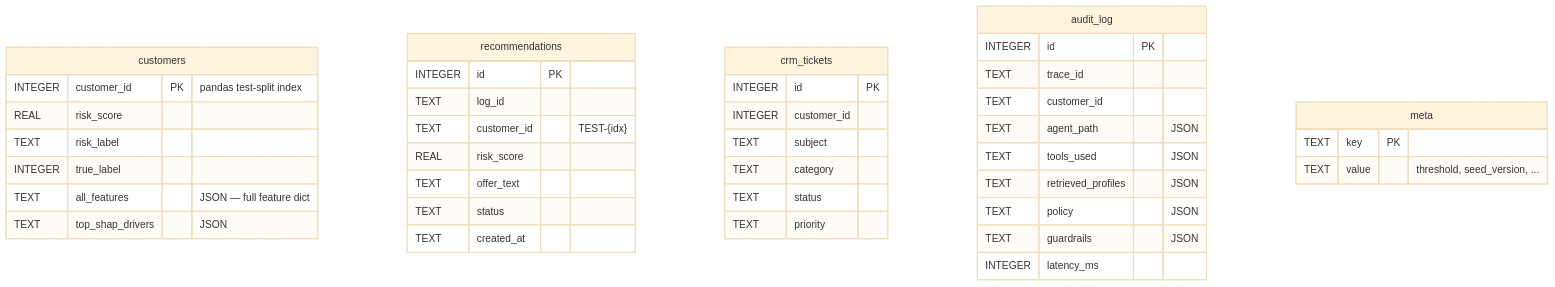
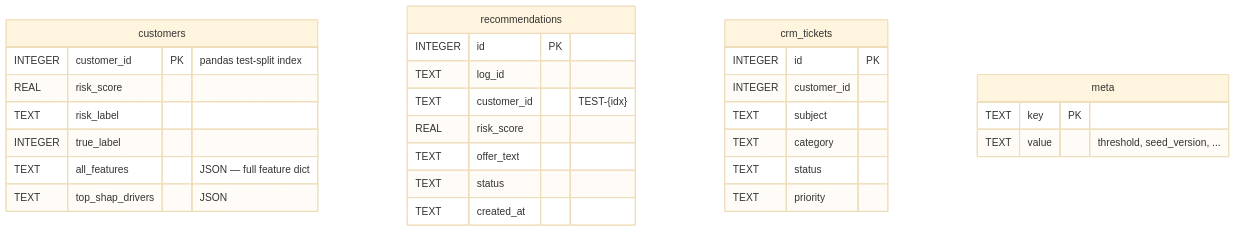
One commit to yuvaksc/churn-intelligence changed the third of 4 diagrams in docs/ARCHITECTURE.md. Above: the diagram before and after it, drawn with Mermaid (base theme). The commit also changed other lines of this file and 65 other files, not shown here.

````diff
--- a/docs/ARCHITECTURE.md
+++ b/docs/ARCHITECTURE.md
@@ -71,43 +71,32 @@
 ```mermaid
 erDiagram
     customers {
         INTEGER customer_id PK "pandas test-split index"
         REAL    risk_score
         TEXT    risk_label
         INTEGER true_label
         TEXT    all_features "JSON — full feature dict"
         TEXT    top_shap_drivers "JSON"
     }
     recommendations {
         INTEGER id PK
         TEXT    log_id
         TEXT    customer_id "TEST-{idx}"
         REAL    risk_score
         TEXT    offer_text
         TEXT    status
         TEXT    created_at
     }
     crm_tickets {
         INTEGER id PK
         INTEGER customer_id
         TEXT    subject
         TEXT    category
         TEXT    status
         TEXT    priority
     }
-    audit_log {
-        INTEGER id PK
-        TEXT    trace_id
-        TEXT    customer_id
-        TEXT    agent_path "JSON"
-        TEXT    tools_used "JSON"
-        TEXT    retrieved_profiles "JSON"
-        TEXT    policy "JSON"
-        TEXT    guardrails "JSON"
-        INTEGER latency_ms
-    }
     meta {
         TEXT key PK
         TEXT value "threshold, seed_version, ..."
     }
 ```
````
